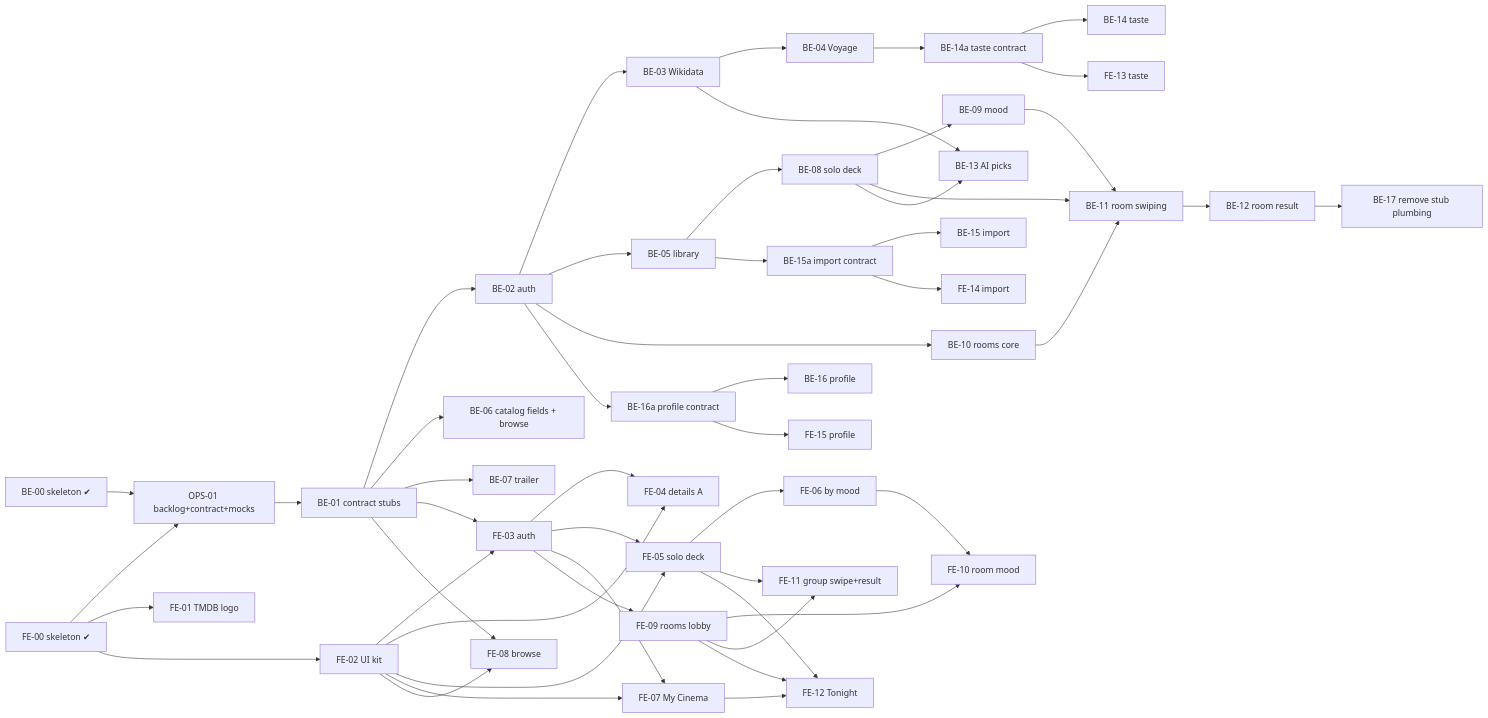
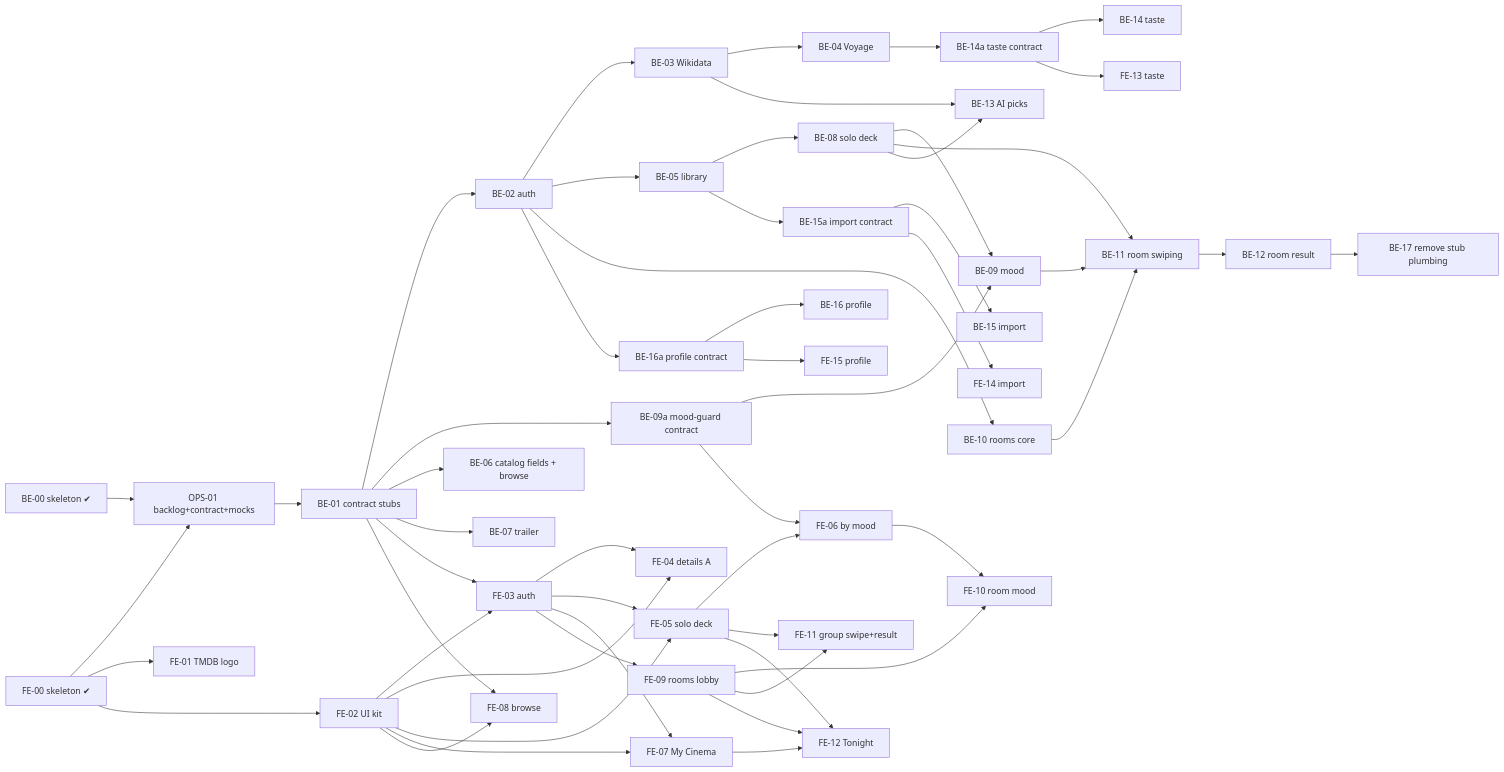
The diagram in docs/backlog.md (osamashtayat/lthaca), drawn with Mermaid before and after one commit. The commit also changed other lines of this file and 4 other files, not shown here.

First line of the commit message:
[OPS-04] Mood input guard: decision and contract (ADR-0022) (#5)

````diff
--- a/docs/backlog.md
+++ b/docs/backlog.md
@@ -20,29 +20,31 @@
 ```mermaid
 flowchart LR
   BE00[BE-00 skeleton ✔] --> OPS01[OPS-01 backlog+contract+mocks] --> BE01[BE-01 contract stubs]
   FE00[FE-00 skeleton ✔] --> OPS01
   BE01 --> BE02[BE-02 auth] --> BE03[BE-03 Wikidata] --> BE04[BE-04 Voyage]
   BE02 --> BE05[BE-05 library] --> BE08[BE-08 solo deck] --> BE09[BE-09 mood]
+  BE01 --> BE09a[BE-09a mood-guard contract] --> BE09
+  BE09a --> FE06
   BE01 --> BE06[BE-06 catalog fields + browse]
   BE01 --> BE07[BE-07 trailer]
   BE02 --> BE10[BE-10 rooms core] --> BE11[BE-11 room swiping] --> BE12[BE-12 room result]
   BE08 --> BE11
   BE09 --> BE11
   BE03 & BE08 --> BE13[BE-13 AI picks]
   BE04 --> BE14a[BE-14a taste contract] --> BE14[BE-14 taste]
   BE05 --> BE15a[BE-15a import contract] --> BE15[BE-15 import]
   BE02 --> BE16a[BE-16a profile contract] --> BE16[BE-16 profile]
   BE12 --> BE17[BE-17 remove stub plumbing]
 
   FE00 --> FE01[FE-01 TMDB logo] & FE02[FE-02 UI kit]
   BE01 --> FE03[FE-03 auth] & FE08[FE-08 browse]
   FE02 --> FE03 & FE04[FE-04 details A] & FE05[FE-05 solo deck] & FE07[FE-07 My Cinema] & FE08
   FE03 --> FE04 & FE05 & FE07 & FE09[FE-09 rooms lobby]
   FE05 --> FE06[FE-06 by mood] & FE11[FE-11 group swipe+result]
   FE09 --> FE10[FE-10 room mood] & FE11
   FE06 --> FE10
   FE05 & FE07 & FE09 --> FE12[FE-12 Tonight]
   BE14a --> FE13[FE-13 taste]
   BE15a --> FE14[FE-14 import]
   BE16a --> FE15[FE-15 profile]
 ```
````
